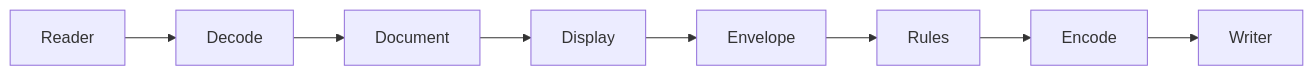
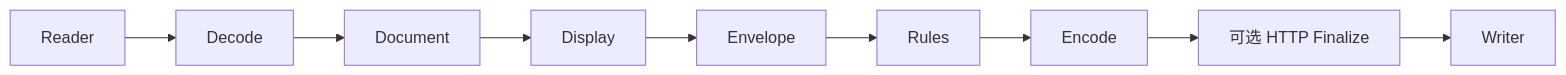
The first of 3 diagrams in docs/architecture/exchange-pipeline.md (kouxko/gmofg-payment-proxy), drawn with Mermaid before and after one commit. The commit also changed other lines of this file and 63 other files, not shown here.

First line of the commit message:
feat: 支持本地 Wasm HTTP 上下行 Finalize [skip ci]

````diff
--- a/docs/architecture/exchange-pipeline.md
+++ b/docs/architecture/exchange-pipeline.md
@@ -201,10 +202,11 @@
 ```mermaid
 flowchart LR
     READ[Reader] --> DECODE[Decode]
     DECODE --> DOCUMENT[Document]
     DOCUMENT --> DISPLAY[Display]
     DISPLAY --> ENVELOPE[Envelope]
     ENVELOPE --> RULES[Rules]
     RULES --> ENCODE[Encode]
-    ENCODE --> WRITE[Writer]
+    ENCODE --> FINALIZE[可选 HTTP Finalize]
+    FINALIZE --> WRITE[Writer]
 ```
````
